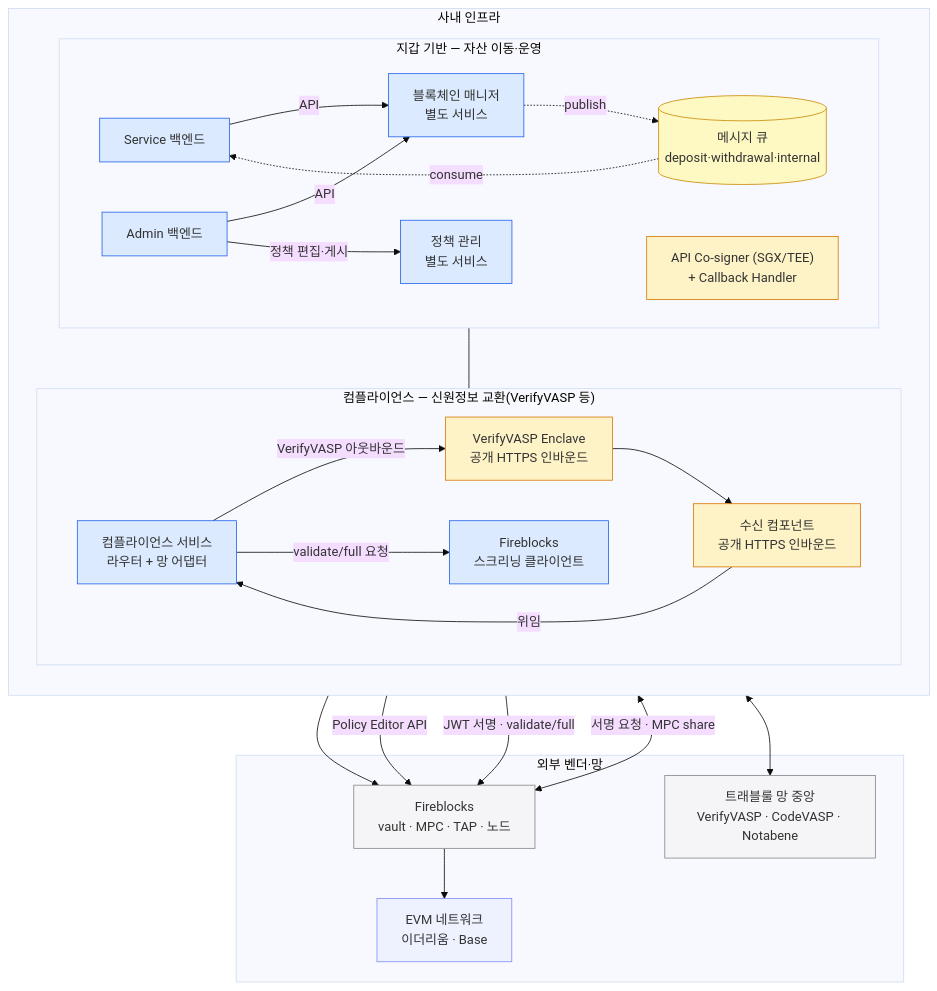
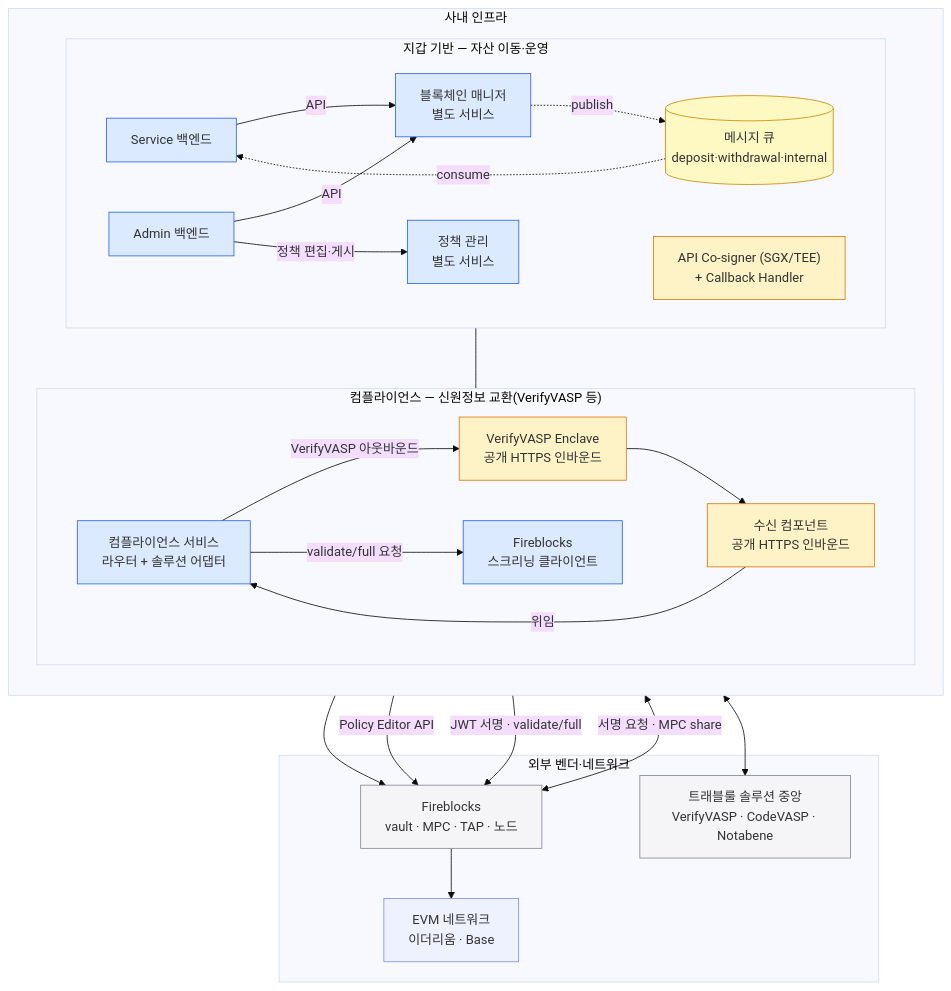
The diagram in blockchain-manager/docs/인프라/설계/00-overview.md (eunsujeo/eunpus), drawn with Mermaid (base theme) before and after one commit. The commit also changed other lines of this file and 26 other files, not shown here.

````diff
--- a/blockchain-manager/docs/인프라/설계/00-overview.md
+++ b/blockchain-manager/docs/인프라/설계/00-overview.md
@@ -11,56 +11,56 @@
 ```mermaid
 flowchart TB
   subgraph OURS["사내 인프라"]
     direction TB
     subgraph WAL["지갑 기반 — 자산 이동·운영"]
       direction LR
       SVC["Service 백엔드"]
       ADM["Admin 백엔드"]
       BM["블록체인 매니저<br/>별도 서비스"]
       MQ[("메시지 큐<br/>deposit·withdrawal·internal")]
       PADM["정책 관리<br/>별도 서비스"]
       COS["API Co-signer (SGX/TEE)<br/>+ Callback Handler"]
     end
     subgraph TRZ["컴플라이언스 — 신원정보 교환(VerifyVASP 등)"]
       direction LR
-      GATE["컴플라이언스 서비스<br/>라우터 + 망 어댑터"]
+      GATE["컴플라이언스 서비스<br/>라우터 + 솔루션 어댑터"]
       RX["수신 컴포넌트<br/>공개 HTTPS 인바운드"]
       EN["VerifyVASP Enclave<br/>공개 HTTPS 인바운드"]
       FBCLI["Fireblocks<br/>스크리닝 클라이언트"]
     end
   end
 
-  subgraph EXTZ["외부 벤더·망"]
+  subgraph EXTZ["외부 벤더·네트워크"]
     FB["Fireblocks<br/>vault · MPC · TAP · 노드"]
     EVM["EVM 네트워크<br/>이더리움 · Base"]
-    TRNET["트래블룰 망 중앙<br/>VerifyVASP · CodeVASP · Notabene"]
+    TRNET["트래블룰 솔루션 중앙<br/>VerifyVASP · CodeVASP · Notabene"]
   end
 
   SVC -->|API| BM
   ADM -->|API| BM
   BM -.->|publish| MQ
   MQ -.->|consume| SVC
   ADM -->|정책 편집·게시| PADM
   SVC --- GATE
   GATE -->|VerifyVASP 아웃바운드| EN
   GATE -->|validate/full 요청| FBCLI
   EN --> RX
   RX -->|위임| GATE
   BM --> FB
   PADM -->|Policy Editor API| FB
   FBCLI -->|JWT 서명 · validate/full| FB
   COS <-->|서명 요청 · MPC share| FB
   FB --> EVM
   EN <--> TRNET
 
   classDef ours fill:#dbeafe,stroke:#2563eb;
   classDef selfhost fill:#fef3c7,stroke:#d97706;
   classDef mq fill:#fef9c3,stroke:#ca8a04;
   classDef vendor fill:#f5f5f7,stroke:#86868b;
   classDef chain fill:#eef2ff,stroke:#818cf8;
   class SVC,ADM,BM,GATE,FBCLI,PADM ours
   class COS,RX,EN selfhost
   class MQ mq
   class FB,TRNET vendor
   class EVM chain
 ```
````
